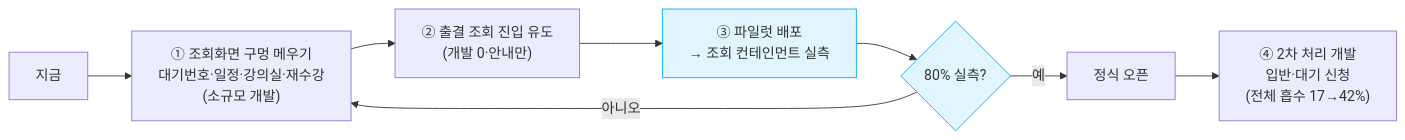
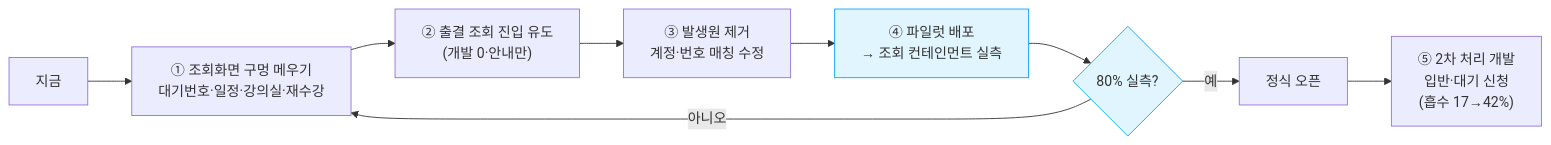
The fifth of 6 diagrams in analysis/myclass-chatbot/마이클래스챗봇_6월상담_심층분석_컨플루언스.md (layr8x/Wiki), drawn with Mermaid before and after one commit. The commit also changed other lines of this file, not shown here.

````diff
--- a/analysis/myclass-chatbot/마이클래스챗봇_6월상담_심층분석_컨플루언스.md
+++ b/analysis/myclass-chatbot/마이클래스챗봇_6월상담_심층분석_컨플루언스.md
@@ -299,12 +337,13 @@
 ```mermaid
 graph LR
-    S0["지금"] --> L1["① 조회화면 구멍 메우기<br>대기번호·일정·강의실·재수강<br>(소규모 개발)"]
+    S0["지금"] --> L1["① 조회화면 구멍 메우기<br>대기번호·일정·강의실·재수강"]
     L1 --> L2["② 출결 조회 진입 유도<br>(개발 0·안내만)"]
-    L2 --> P["③ 파일럿 배포<br>→ 조회 컨테인먼트 실측"]
+    L2 --> X["③ 발생원 제거<br>계정·번호 매칭 수정"]
+    X --> P["④ 파일럿 배포<br>→ 조회 컨테인먼트 실측"]
     P --> G{"80% 실측?"}
     G -->|예| O["정식 오픈"]
     G -->|아니오| L1
-    O --> L3["④ 2차 처리 개발<br>입반·대기 신청<br>(전체 흡수 17→42%)"]
+    O --> L3["⑤ 2차 처리 개발<br>입반·대기 신청<br>(흡수 17→42%)"]
     classDef key fill:#e1f5fe,stroke:#03a9f4;
     class P,G key;
 ```
````
